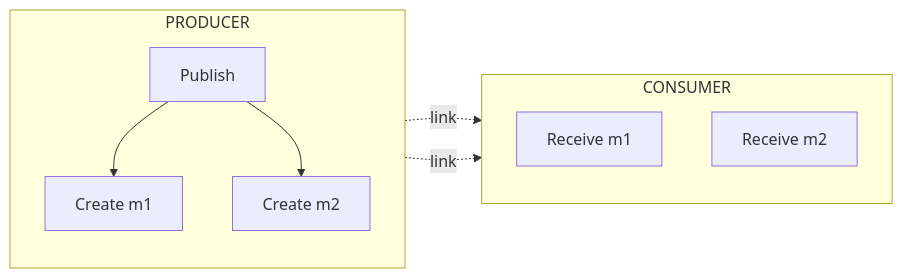
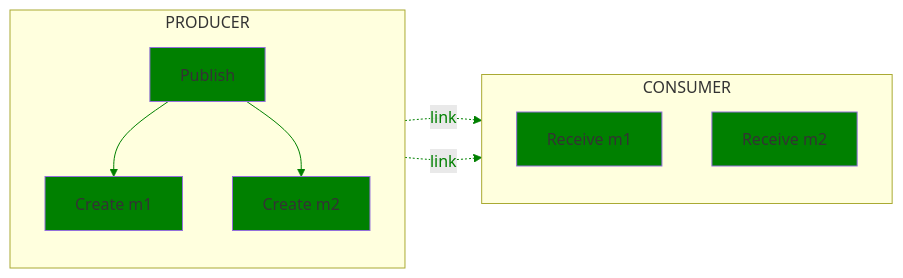
Before and after one commit to open-telemetry/oteps: the sixth of 13 diagrams in text/trace/0220-messaging-semantic-conventions-span-structure.md, drawn with Mermaid. The commit also changed other lines of this file, not shown here.

Commit message:
Fix mermaid colors

````diff
--- a/text/trace/0220-messaging-semantic-conventions-span-structure.md
+++ b/text/trace/0220-messaging-semantic-conventions-span-structure.md
@@ -375,15 +390,19 @@
 ```mermaid
 flowchart LR;
   subgraph PRODUCER
   direction TB
   P[Publish]-->CM1[Create m1]
   P-->CM2[Create m2]
   end
   subgraph CONSUMER
   direction TB
   RM1[Receive m1]
   RM2[Receive m2]
   end
   CM1-. link .->RM1;
   CM2-. link .->RM2;
+
+  classDef normal fill:green
+  class P,CM1,CM2,RM1,RM2 normal
+  linkStyle 0,1,2,3 color:green,stroke:green
 ```
````
